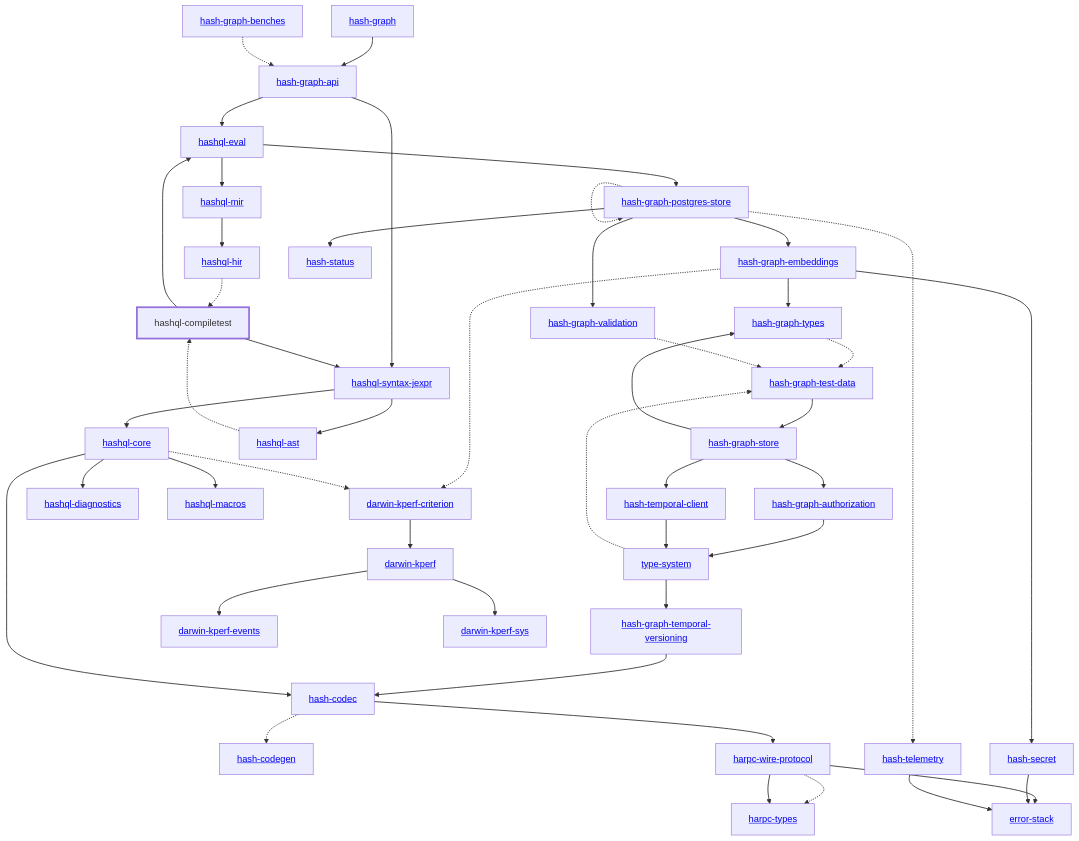
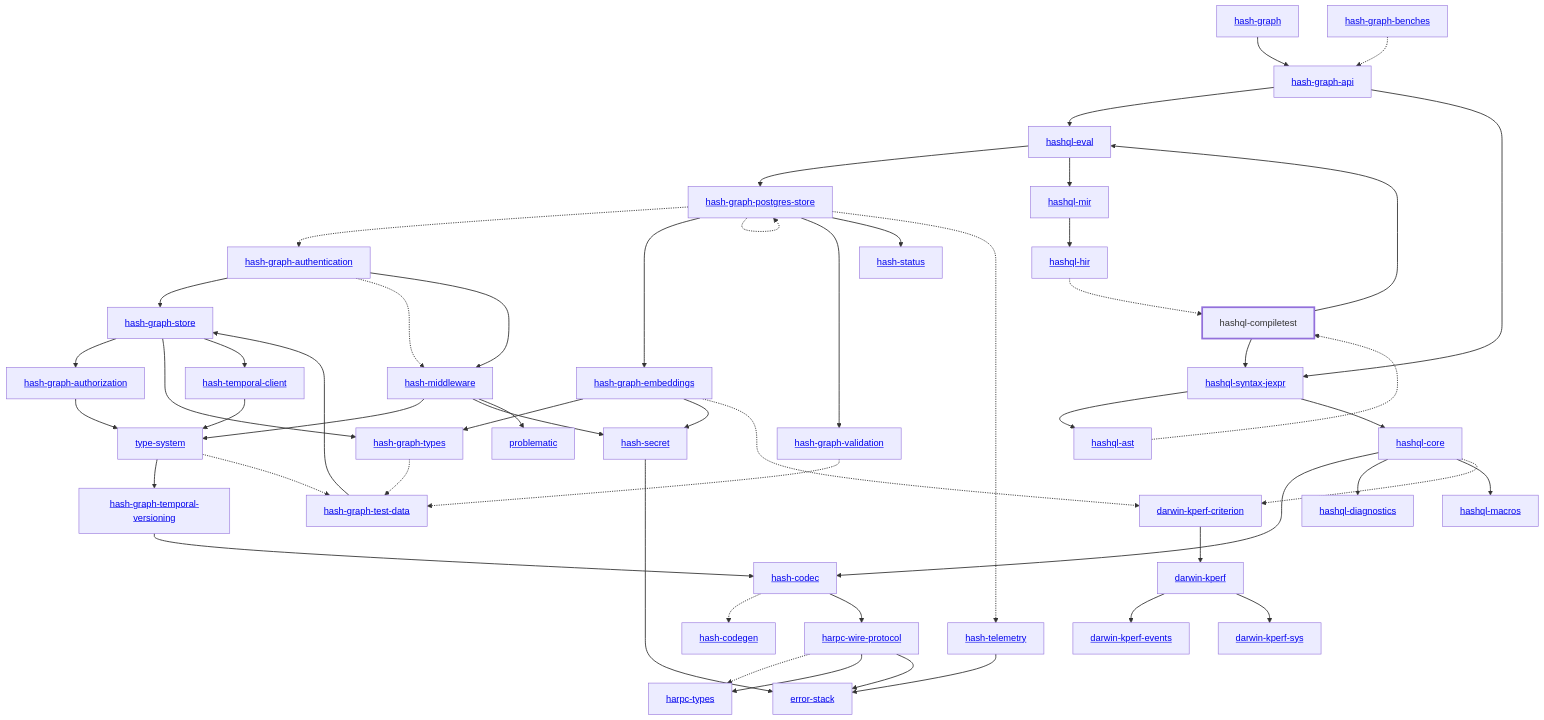
One commit to hashintel/hash changed the diagram in libs/@local/hashql/compiletest/docs/dependency-diagram.mmd. Above: the diagram before and after it, drawn with Mermaid. The commit also changed 47 other files, not shown here.

Commit message:
Authenticate public Graph API requests with API tokens

```diff
--- a/libs/@local/hashql/compiletest/docs/dependency-diagram.mmd
+++ b/libs/@local/hashql/compiletest/docs/dependency-diagram.mmd
@@ -1,91 +1,101 @@
 graph TD
     linkStyle default stroke-width:1.5px
     classDef default stroke-width:1px
     classDef root stroke-width:3px
     classDef dev stroke-width:1px
     classDef build stroke-width:1px
     %% Legend
     %% --> : Normal dependency
     %% -.-> : Dev dependency
     %% ---> : Build dependency
     0[<a href="../hash_graph/index.html">hash-graph</a>]
     1[<a href="../type_system/index.html">type-system</a>]
     2[<a href="../hash_codec/index.html">hash-codec</a>]
     3[<a href="../hash_codegen/index.html">hash-codegen</a>]
     4[<a href="../hash_graph_api/index.html">hash-graph-api</a>]
-    5[<a href="../hash_graph_authorization/index.html">hash-graph-authorization</a>]
-    6[<a href="../hash_graph_embeddings/index.html">hash-graph-embeddings</a>]
-    7[<a href="../hash_graph_postgres_store/index.html">hash-graph-postgres-store</a>]
-    8[<a href="../hash_graph_store/index.html">hash-graph-store</a>]
-    9[<a href="../hash_graph_temporal_versioning/index.html">hash-graph-temporal-versioning</a>]
-    10[<a href="../hash_graph_types/index.html">hash-graph-types</a>]
-    11[<a href="../hash_graph_validation/index.html">hash-graph-validation</a>]
-    12[<a href="../harpc_types/index.html">harpc-types</a>]
-    13[<a href="../harpc_wire_protocol/index.html">harpc-wire-protocol</a>]
-    14[<a href="../hashql_ast/index.html">hashql-ast</a>]
-    15[hashql-compiletest]
-    class 15 root
-    16[<a href="../hashql_core/index.html">hashql-core</a>]
-    17[<a href="../hashql_diagnostics/index.html">hashql-diagnostics</a>]
-    18[<a href="../hashql_eval/index.html">hashql-eval</a>]
-    19[<a href="../hashql_hir/index.html">hashql-hir</a>]
-    20[<a href="../hashql_macros/index.html">hashql-macros</a>]
-    21[<a href="../hashql_mir/index.html">hashql-mir</a>]
-    22[<a href="../hashql_syntax_jexpr/index.html">hashql-syntax-jexpr</a>]
-    23[<a href="../hash_secret/index.html">hash-secret</a>]
-    24[<a href="../hash_status/index.html">hash-status</a>]
-    25[<a href="../hash_telemetry/index.html">hash-telemetry</a>]
-    26[<a href="../hash_temporal_client/index.html">hash-temporal-client</a>]
-    27[<a href="../darwin_kperf/index.html">darwin-kperf</a>]
-    28[<a href="../darwin_kperf_criterion/index.html">darwin-kperf-criterion</a>]
-    29[<a href="../darwin_kperf_events/index.html">darwin-kperf-events</a>]
-    30[<a href="../darwin_kperf_sys/index.html">darwin-kperf-sys</a>]
-    31[<a href="../error_stack/index.html">error-stack</a>]
-    32[<a href="../hash_graph_benches/index.html">hash-graph-benches</a>]
-    33[<a href="../hash_graph_test_data/index.html">hash-graph-test-data</a>]
+    5[<a href="../hash_graph_authentication/index.html">hash-graph-authentication</a>]
+    6[<a href="../hash_graph_authorization/index.html">hash-graph-authorization</a>]
+    7[<a href="../hash_graph_embeddings/index.html">hash-graph-embeddings</a>]
+    8[<a href="../hash_graph_postgres_store/index.html">hash-graph-postgres-store</a>]
+    9[<a href="../hash_graph_store/index.html">hash-graph-store</a>]
+    10[<a href="../hash_graph_temporal_versioning/index.html">hash-graph-temporal-versioning</a>]
+    11[<a href="../hash_graph_types/index.html">hash-graph-types</a>]
+    12[<a href="../hash_graph_validation/index.html">hash-graph-validation</a>]
+    13[<a href="../harpc_types/index.html">harpc-types</a>]
+    14[<a href="../harpc_wire_protocol/index.html">harpc-wire-protocol</a>]
+    15[<a href="../hashql_ast/index.html">hashql-ast</a>]
+    16[hashql-compiletest]
+    class 16 root
+    17[<a href="../hashql_core/index.html">hashql-core</a>]
+    18[<a href="../hashql_diagnostics/index.html">hashql-diagnostics</a>]
+    19[<a href="../hashql_eval/index.html">hashql-eval</a>]
+    20[<a href="../hashql_hir/index.html">hashql-hir</a>]
+    21[<a href="../hashql_macros/index.html">hashql-macros</a>]
+    22[<a href="../hashql_mir/index.html">hashql-mir</a>]
+    23[<a href="../hashql_syntax_jexpr/index.html">hashql-syntax-jexpr</a>]
+    24[<a href="../hash_middleware/index.html">hash-middleware</a>]
+    25[<a href="../hash_secret/index.html">hash-secret</a>]
+    26[<a href="../hash_status/index.html">hash-status</a>]
+    27[<a href="../hash_telemetry/index.html">hash-telemetry</a>]
+    28[<a href="../hash_temporal_client/index.html">hash-temporal-client</a>]
+    29[<a href="../darwin_kperf/index.html">darwin-kperf</a>]
+    30[<a href="../darwin_kperf_criterion/index.html">darwin-kperf-criterion</a>]
+    31[<a href="../darwin_kperf_events/index.html">darwin-kperf-events</a>]
+    32[<a href="../darwin_kperf_sys/index.html">darwin-kperf-sys</a>]
+    33[<a href="../error_stack/index.html">error-stack</a>]
+    34[<a href="../problematic/index.html">problematic</a>]
+    35[<a href="../hash_graph_benches/index.html">hash-graph-benches</a>]
+    36[<a href="../hash_graph_test_data/index.html">hash-graph-test-data</a>]
     0 --> 4
-    1 --> 9
-    1 -.-> 33
+    1 --> 10
+    1 -.-> 36
     2 -.-> 3
-    2 --> 13
-    4 --> 18
-    4 --> 22
-    5 --> 1
-    6 --> 10
-    6 --> 23
-    6 -.-> 28
-    7 --> 6
-    7 -.-> 7
+    2 --> 14
+    4 --> 19
+    4 --> 23
+    5 --> 9
+    5 -.-> 24
+    5 --> 24
+    6 --> 1
     7 --> 11
-    7 --> 24
-    7 -.-> 25
-    8 --> 5
-    8 --> 10
+    7 --> 25
+    7 -.-> 30
+    8 -.-> 5
+    8 --> 7
+    8 -.-> 8
+    8 --> 12
     8 --> 26
-    9 --> 2
-    10 -.-> 33
-    11 -.-> 33
-    13 -.-> 12
-    13 --> 12
-    13 --> 31
-    14 -.-> 15
-    15 --> 18
-    15 --> 22
-    16 --> 2
-    16 --> 17
-    16 --> 20
-    16 -.-> 28
-    18 --> 7
-    18 --> 21
-    19 -.-> 15
-    21 --> 19
-    22 --> 14
-    22 --> 16
-    23 --> 31
-    25 --> 31
-    26 --> 1
-    27 --> 29
-    27 --> 30
-    28 --> 27
-    32 -.-> 4
-    33 --> 8
+    8 -.-> 27
+    9 --> 6
+    9 --> 11
+    9 --> 28
+    10 --> 2
+    11 -.-> 36
+    12 -.-> 36
+    14 -.-> 13
+    14 --> 13
+    14 --> 33
+    15 -.-> 16
+    16 --> 19
+    16 --> 23
+    17 --> 2
+    17 --> 18
+    17 --> 21
+    17 -.-> 30
+    19 --> 8
+    19 --> 22
+    20 -.-> 16
+    22 --> 20
+    23 --> 15
+    23 --> 17
+    24 --> 1
+    24 --> 25
+    24 --> 34
+    25 --> 33
+    27 --> 33
+    28 --> 1
+    29 --> 31
+    29 --> 32
+    30 --> 29
+    35 -.-> 4
+    36 --> 9
```
